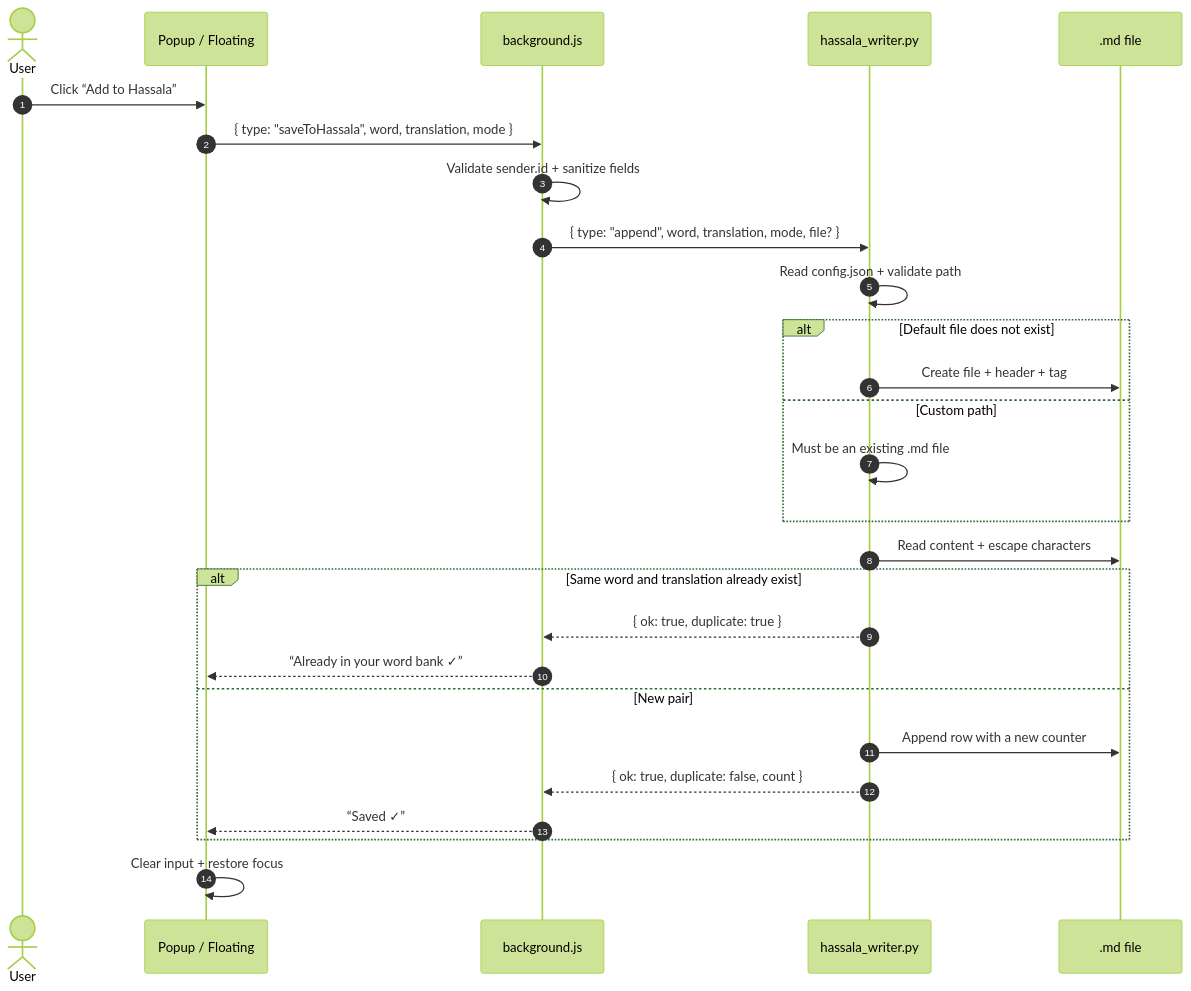
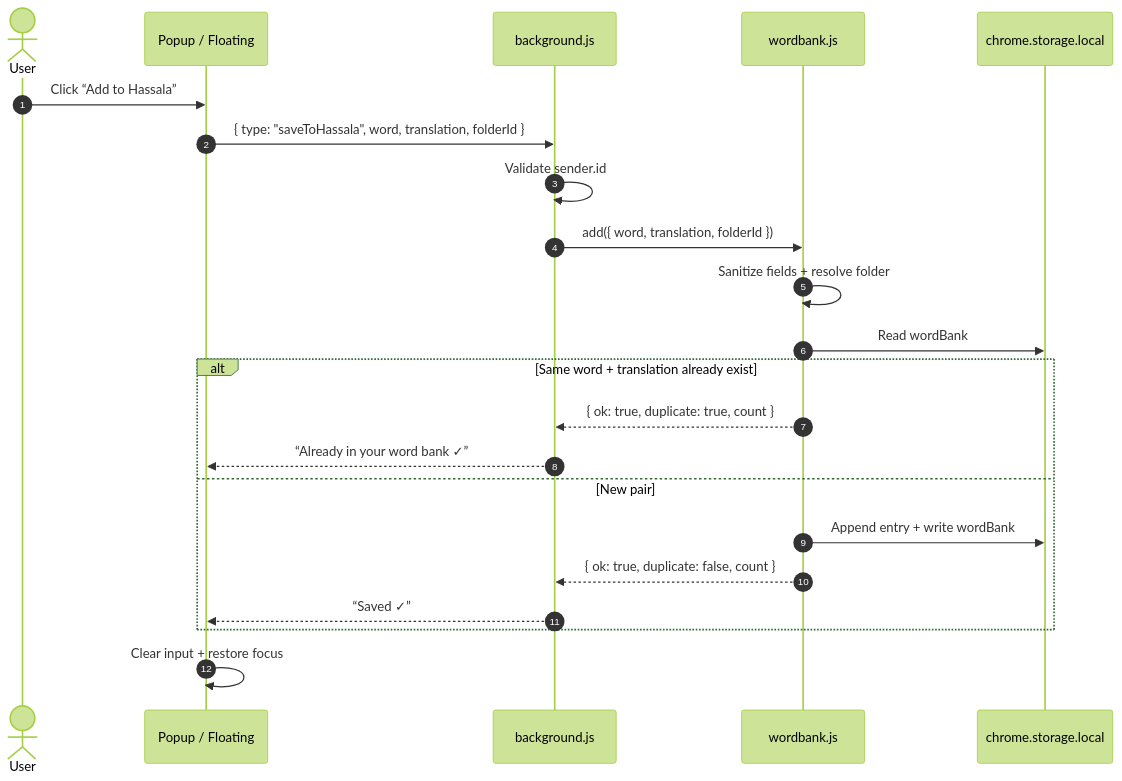
Before and after one commit to nagdista-dev/hassala: the third of 5 diagrams in docs/ARCHITECTURE.md, drawn with Mermaid (forest theme). The commit also changed other lines of this file and 48 other files, not shown here.

First line of the commit message:
Move Hassala to a local word bank and redesign the UI

````diff
--- a/docs/ARCHITECTURE.md
+++ b/docs/ARCHITECTURE.md
@@ -154,30 +156,25 @@
 ```mermaid
 sequenceDiagram
     autonumber
     actor User
     participant UI as Popup / Floating
     participant BG as background.js
-    participant H as hassala_writer.py
-    participant F as .md file
+    participant B as wordbank.js
+    participant S as chrome.storage.local
 
     User->>UI: Click “Add to Hassala”
-    UI->>BG: { type: "saveToHassala", word, translation, mode }
-    BG->>BG: Validate sender.id + sanitize fields
-    BG->>H: { type: "append", word, translation, mode, file? }
-    H->>H: Read config.json + validate path
-    alt Default file does not exist
-        H->>F: Create file + header + tag
-    else Custom path
-        H->>H: Must be an existing .md file
-    end
-    H->>F: Read content + escape characters
-    alt Same word and translation already exist
-        H-->>BG: { ok: true, duplicate: true }
+    UI->>BG: { type: "saveToHassala", word, translation, folderId }
+    BG->>BG: Validate sender.id
+    BG->>B: add({ word, translation, folderId })
+    B->>B: Sanitize fields + resolve folder
+    B->>S: Read wordBank
+    alt Same word + translation already exist
+        B-->>BG: { ok: true, duplicate: true, count }
         BG-->>UI: “Already in your word bank ✓”
     else New pair
-        H->>F: Append row with a new counter
-        H-->>BG: { ok: true, duplicate: false, count }
+        B->>S: Append entry + write wordBank
+        B-->>BG: { ok: true, duplicate: false, count }
         BG-->>UI: “Saved ✓”
     end
     UI->>UI: Clear input + restore focus
 ```
````
